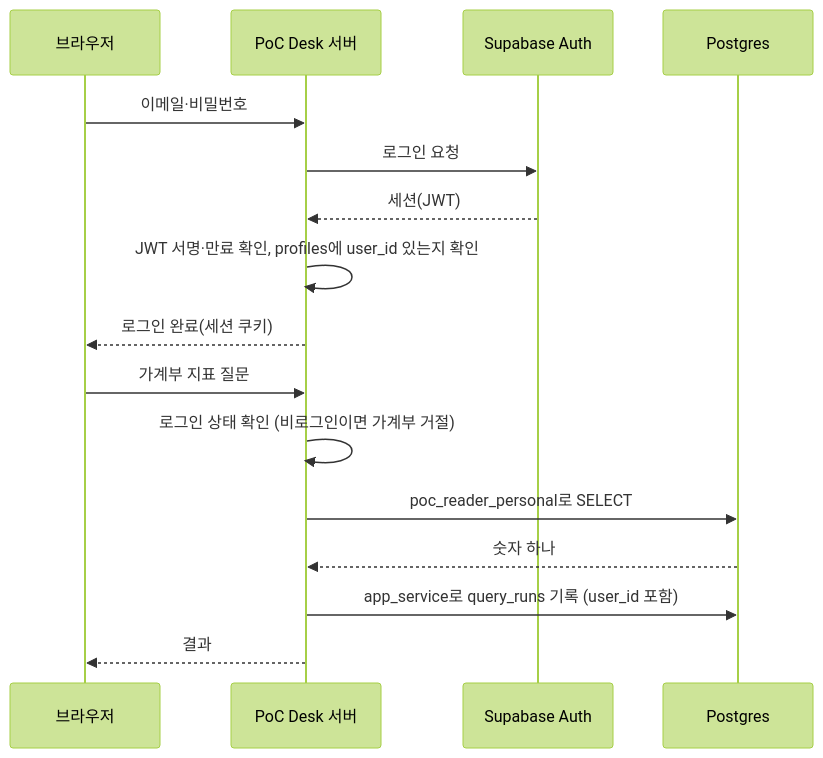
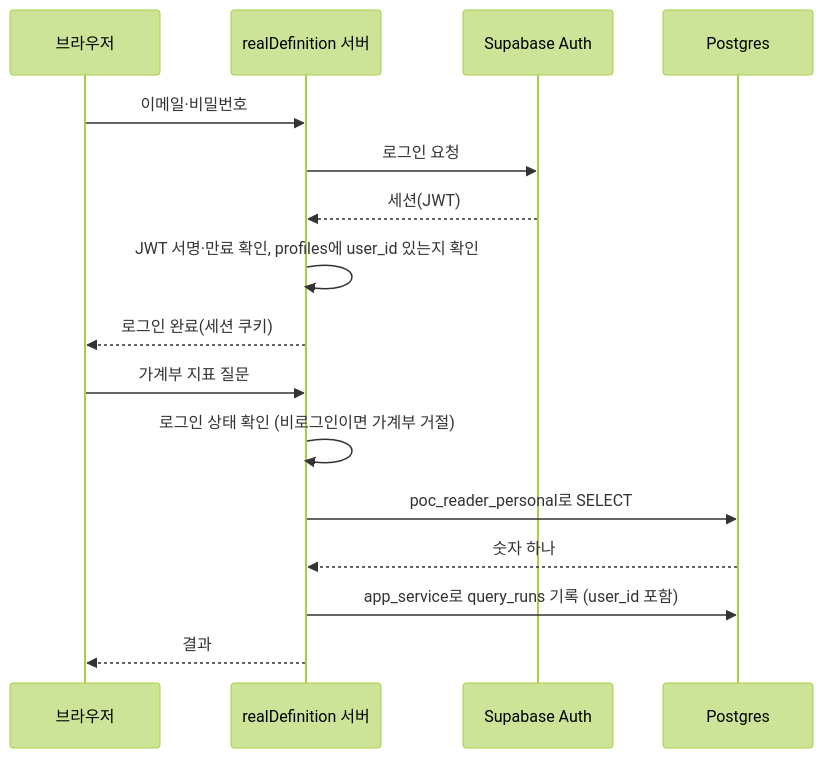
The second of 2 diagrams in erd.md (sikomar00/poc-desk-portfolio), drawn with Mermaid (forest theme) before and after one commit. The commit also changed other lines of this file and 11 other files, not shown here.

````diff
--- a/erd.md
+++ b/erd.md
@@ -170,18 +170,18 @@
 ```mermaid
 sequenceDiagram
     participant U as 브라우저
-    participant S as PoC Desk 서버
+    participant S as realDefinition 서버
     participant A as Supabase Auth
     participant D as Postgres
     U->>S: 이메일·비밀번호
     S->>A: 로그인 요청
     A-->>S: 세션(JWT)
     S->>S: JWT 서명·만료 확인, profiles에 user_id 있는지 확인
     S-->>U: 로그인 완료(세션 쿠키)
     U->>S: 가계부 지표 질문
     S->>S: 로그인 상태 확인 (비로그인이면 가계부 거절)
     S->>D: poc_reader_personal로 SELECT
     D-->>S: 숫자 하나
     S->>D: app_service로 query_runs 기록 (user_id 포함)
     S-->>U: 결과
 ```
````
